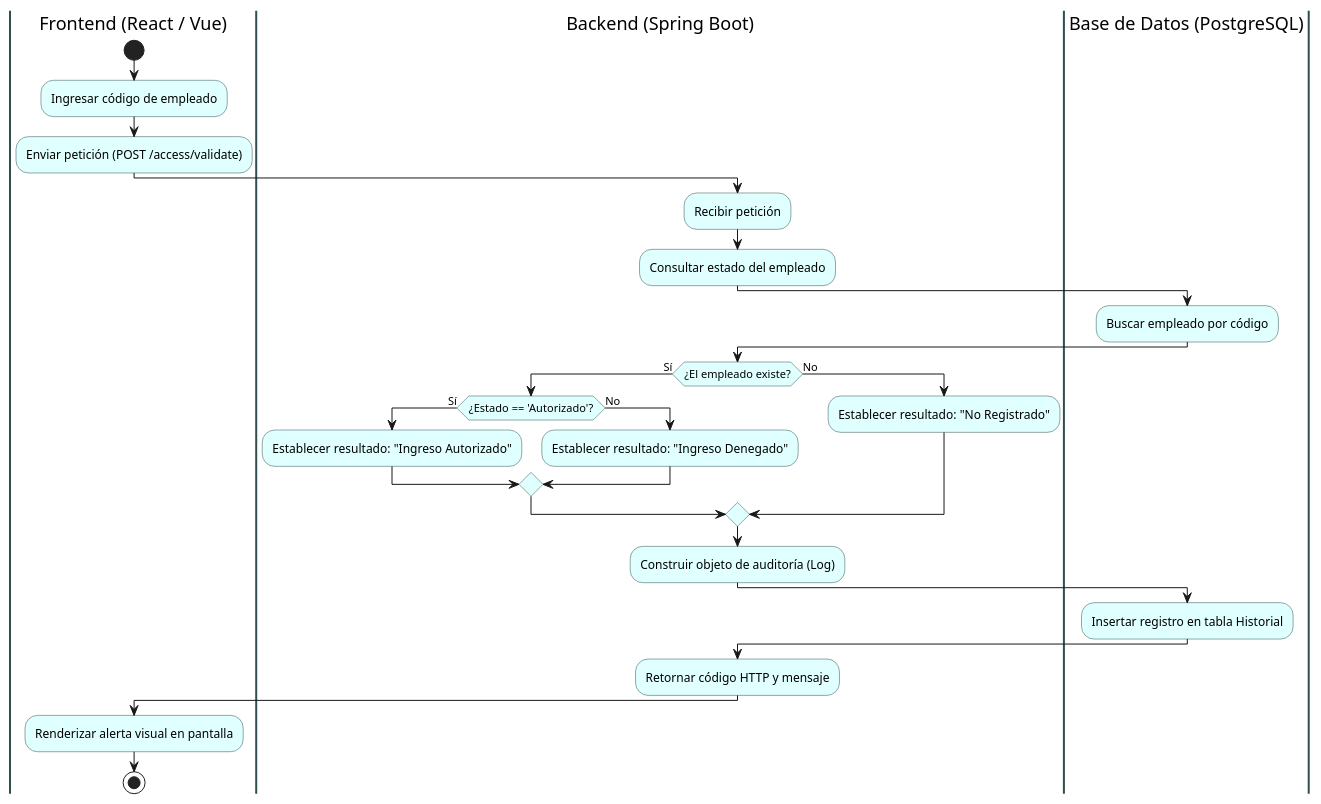
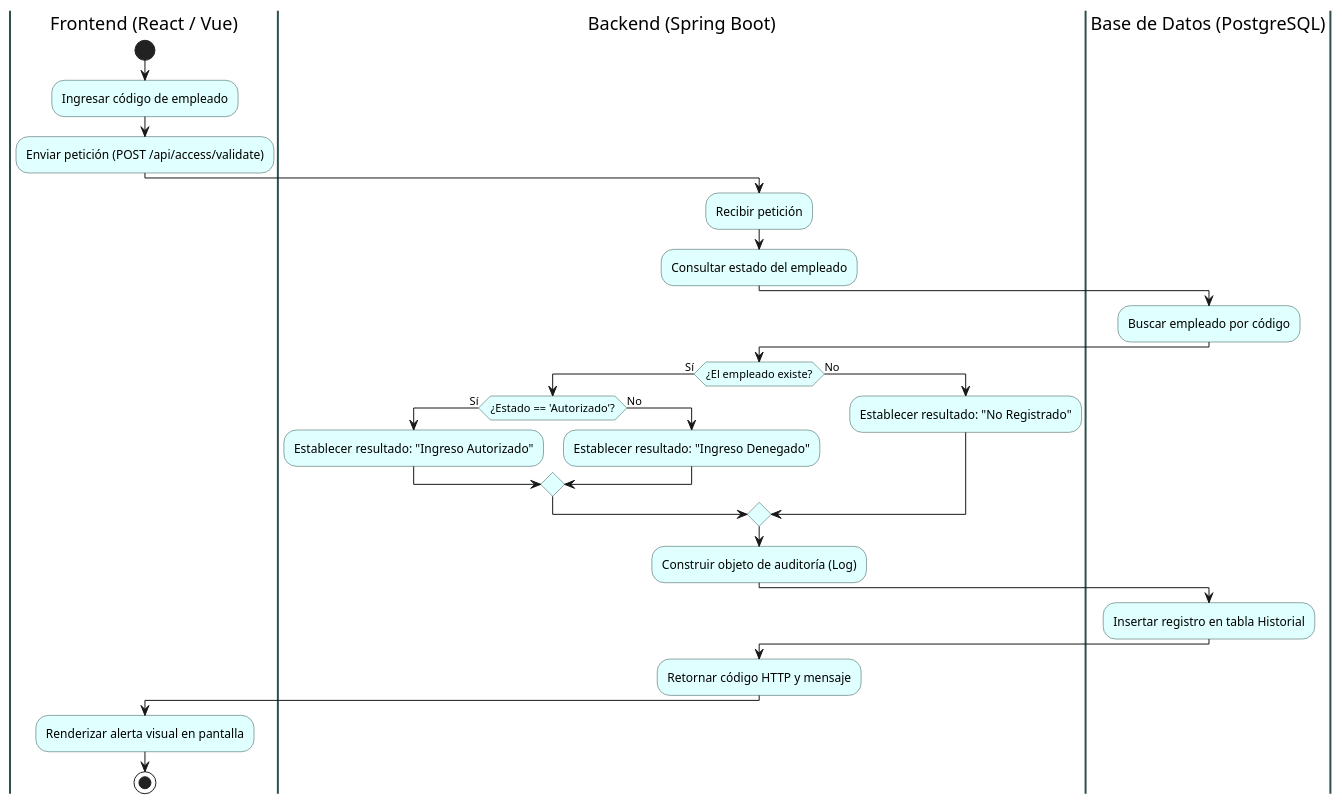
Before and after one commit to ElianMMCode/Zone-Control: the diagram in docs/diagramas/diagrama_actividades.puml, drawn with PlantUML. The commit also changed 51 other files, not shown here.

```diff
--- a/docs/diagramas/diagrama_actividades.puml
+++ b/docs/diagramas/diagrama_actividades.puml
@@ -1,45 +1,45 @@
 @startuml
 skinparam activity {
   BackgroundColor LightCyan
   BorderColor DarkSlateGray
 }
 skinparam swimlane {
   BorderColor DarkSlateGray
   BorderThickness 2
 }
 
 |Frontend (React / Vue)|
 start
 :Ingresar código de empleado;
-:Enviar petición (POST /access/validate);
+:Enviar petición (POST /api/access/validate);
 
 |Backend (Spring Boot)|
 :Recibir petición;
 :Consultar estado del empleado;
 
 |Base de Datos (PostgreSQL)|
 :Buscar empleado por código;
 
 |Backend (Spring Boot)|
 if (¿El empleado existe?) then (Sí)
   if (¿Estado == 'Autorizado'?) then (Sí)
     :Establecer resultado: "Ingreso Autorizado";
   else (No)
     :Establecer resultado: "Ingreso Denegado";
   endif
 else (No)
   :Establecer resultado: "No Registrado";
 endif
 
 :Construir objeto de auditoría (Log);
 
 |Base de Datos (PostgreSQL)|
 :Insertar registro en tabla Historial;
 
 |Backend (Spring Boot)|
 :Retornar código HTTP y mensaje;
 
 |Frontend (React / Vue)|
 :Renderizar alerta visual en pantalla;
 stop
 @enduml
```
